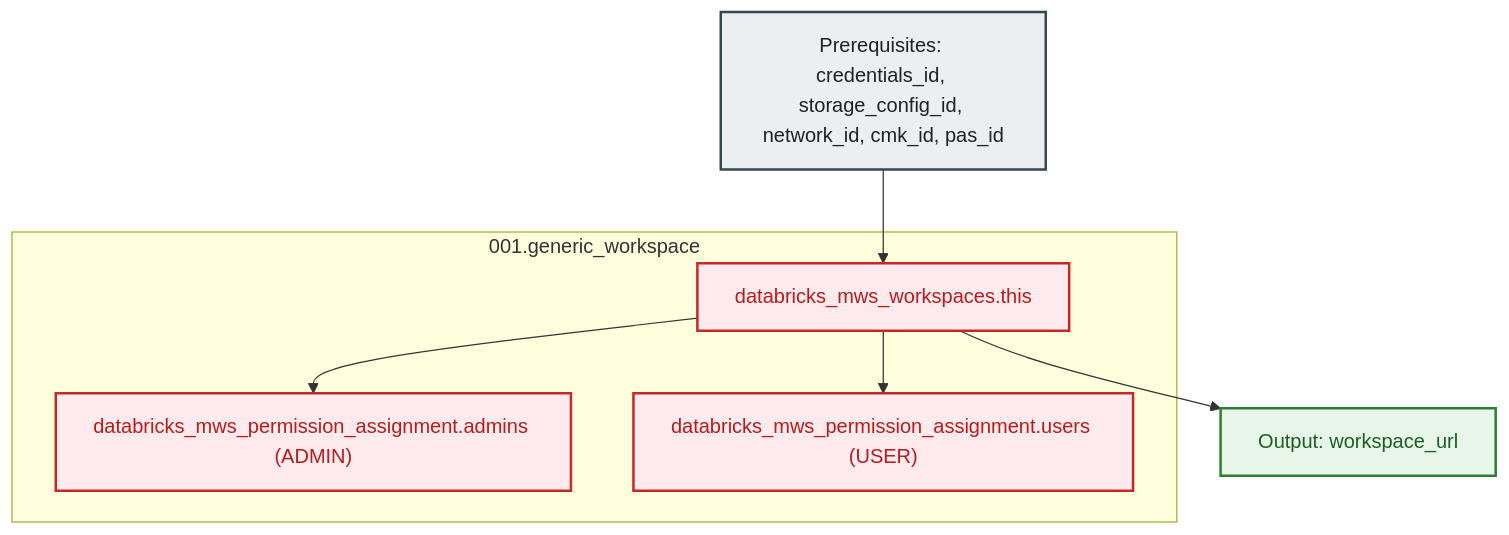
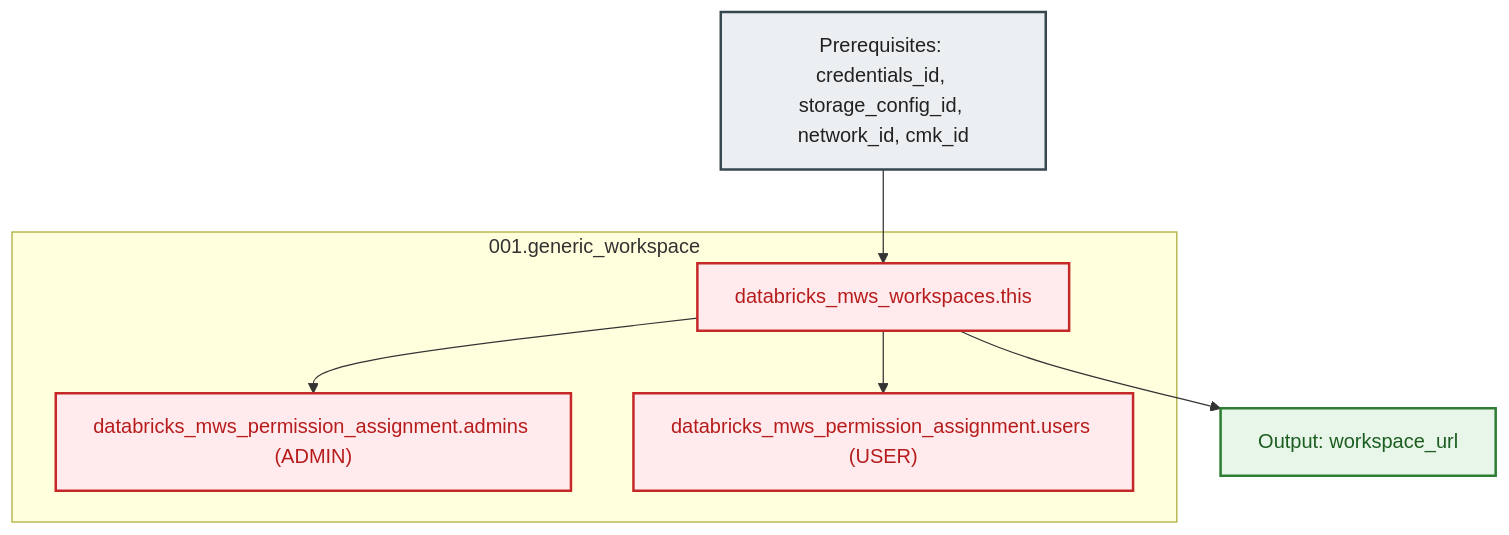
One commit to MikolajSedek/databricks_aws_deployment_03_workspaces_and_compute changed the diagram in modules/04.workspaces/001.generic_workspace/README.md. Above: the diagram before and after it, drawn with Mermaid. The commit also changed other lines of this file and 12 other files, not shown here.

````diff
--- a/modules/04.workspaces/001.generic_workspace/README.md
+++ b/modules/04.workspaces/001.generic_workspace/README.md
@@ -52,22 +51,22 @@
 ```mermaid
 flowchart TD
     classDef input fill:#ECEFF1,stroke:#37474F,stroke-width:2px,color:#212121;
     classDef dbx fill:#FFEBEE,stroke:#C62828,stroke-width:2px,color:#B71C1C;
     classDef out fill:#E8F5E9,stroke:#2E7D32,stroke-width:2px,color:#1B5E20;
 
-    Inputs["Prerequisites: credentials_id, storage_config_id, network_id, cmk_id, pas_id"]:::input
+    Inputs["Prerequisites: credentials_id, storage_config_id, network_id, cmk_id"]:::input
 
     subgraph WorkspaceModule ["001.generic_workspace"]
         WS["databricks_mws_workspaces.this"]:::dbx
         AdminRBAC["databricks_mws_permission_assignment.admins (ADMIN)"]:::dbx
         UserRBAC["databricks_mws_permission_assignment.users (USER)"]:::dbx
 
         WS --> AdminRBAC
         WS --> UserRBAC
     end
 
     OutURL["Output: workspace_url"]:::out
 
     Inputs --> WS
     WS --> OutURL
 ```
````
